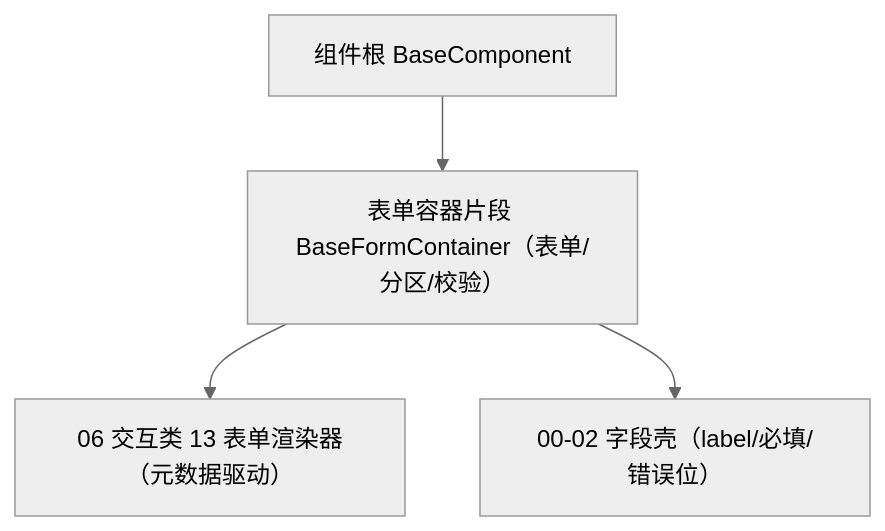
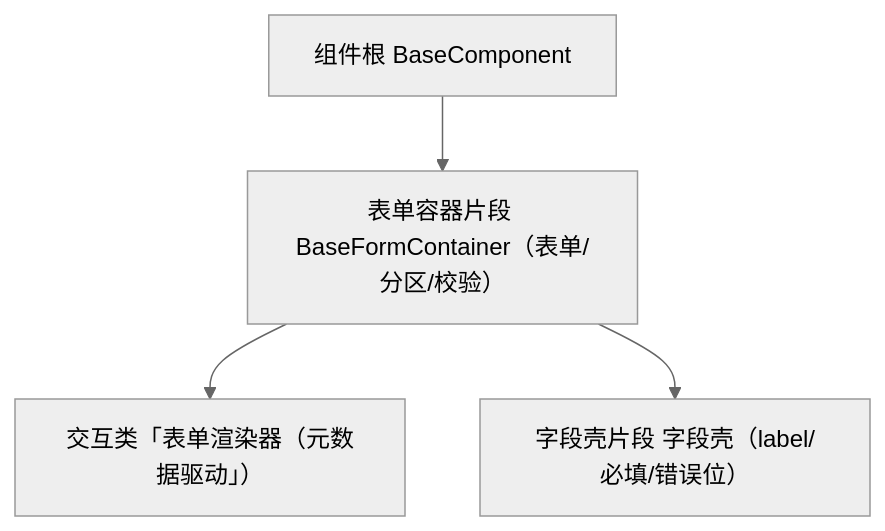
One commit to minjian123/basic-management-system changed the diagram in bms文档/设计/组件设计/02_基础组件类/02_能力片段/05_组件设计_表单容器片段/05_组件设计_表单容器片段.md. Above: the diagram before and after it, drawn with Mermaid (neutral theme). The commit also changed other lines of this file and 91 other files, not shown here.

Commit message:
docs(组件库): 组件设计正文编号引用清理（改为名称定位，保留目录与路线图编号）

````diff
--- a/bms文档/设计/组件设计/02_基础组件类/02_能力片段/05_组件设计_表单容器片段/05_组件设计_表单容器片段.md
+++ b/bms文档/设计/组件设计/02_基础组件类/02_能力片段/05_组件设计_表单容器片段/05_组件设计_表单容器片段.md
@@ -15,6 +15,6 @@
 ```mermaid
 flowchart TD
     COMP["组件根 BaseComponent"] --> FC["表单容器片段 BaseFormContainer（表单/分区/校验）"]
-    FC --> R["06 交互类 13 表单渲染器（元数据驱动）"]
-    FC --> C["00-02 字段壳（label/必填/错误位）"]
+    FC --> R["交互类「表单渲染器（元数据驱动」）"]
+    FC --> C["字段壳片段 字段壳（label/必填/错误位）"]
 ```
````
